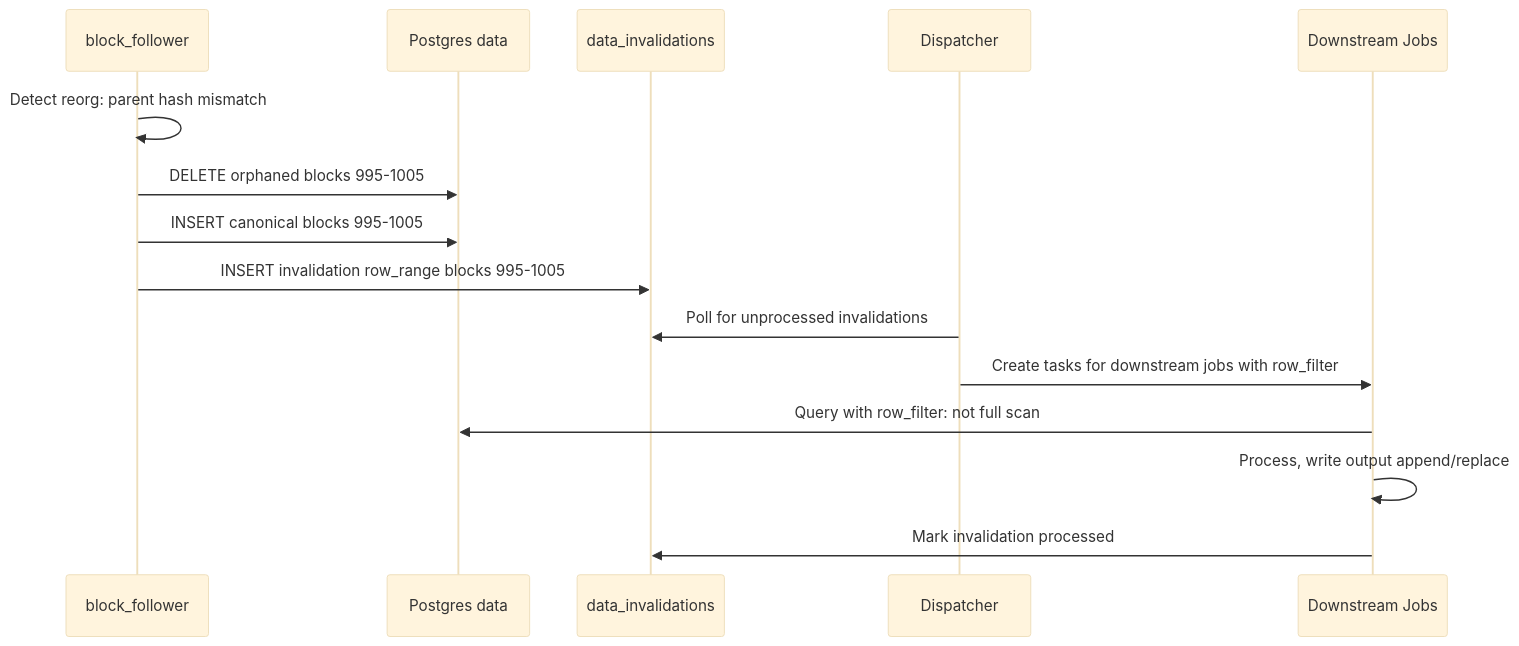
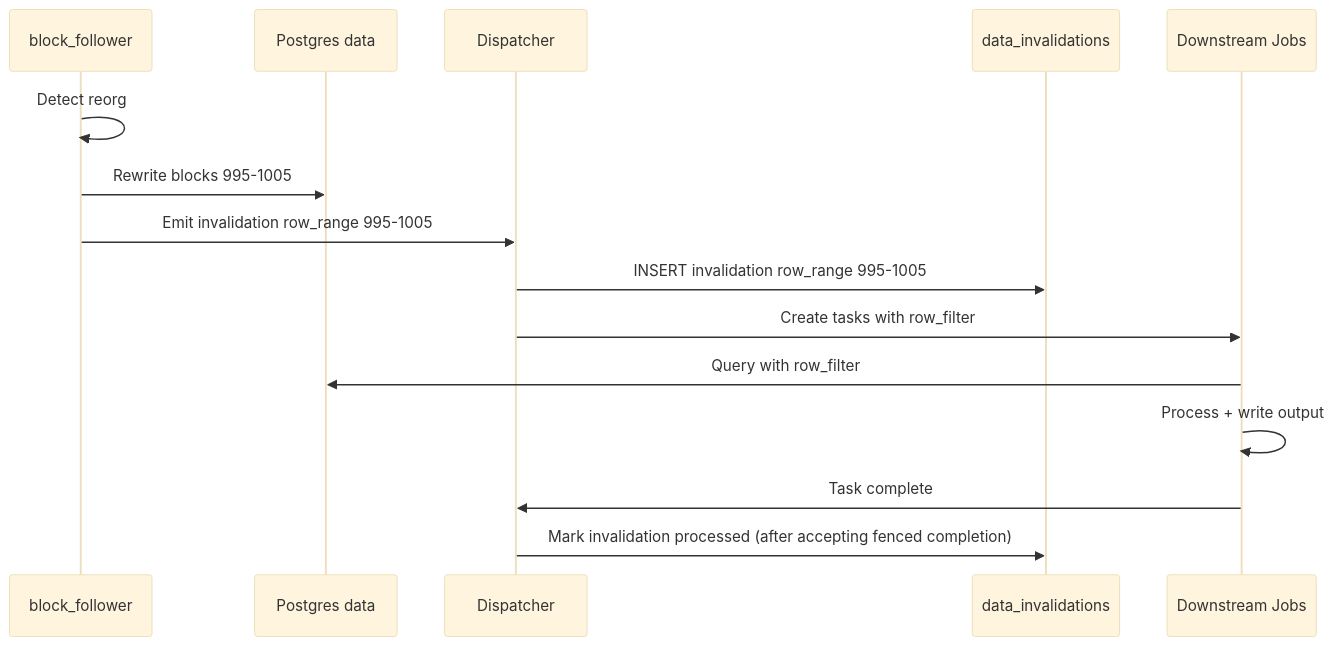
The first of 2 diagrams in docs/architecture/data_versioning.md (c7121/trace), drawn with Mermaid (base theme) before and after one commit. The commit also changed other lines of this file and 100 other files, not shown here.

````diff
--- a/docs/architecture/data_versioning.md
+++ b/docs/architecture/data_versioning.md
@@ -150,18 +150,18 @@
 ```mermaid
 sequenceDiagram
     participant BF as block_follower
     participant PG as Postgres data
+    participant DISP as Dispatcher
     participant INV as data_invalidations
-    participant DISP as Dispatcher
     participant DS as Downstream Jobs
 
-    BF->>BF: Detect reorg: parent hash mismatch
-    BF->>PG: DELETE orphaned blocks 995-1005
-    BF->>PG: INSERT canonical blocks 995-1005
-    BF->>INV: INSERT invalidation row_range blocks 995-1005
-    DISP->>INV: Poll for unprocessed invalidations
-    DISP->>DS: Create tasks for downstream jobs with row_filter
-    DS->>PG: Query with row_filter: not full scan
-    DS->>DS: Process, write output append/replace
-    DS->>INV: Mark invalidation processed
+    BF->>BF: Detect reorg
+    BF->>PG: Rewrite blocks 995-1005
+    BF->>DISP: Emit invalidation row_range 995-1005
+    DISP->>INV: INSERT invalidation row_range 995-1005
+    DISP->>DS: Create tasks with row_filter
+    DS->>PG: Query with row_filter
+    DS->>DS: Process + write output
+    DS->>DISP: Task complete
+    DISP->>INV: Mark invalidation processed (after accepting fenced completion)
 ```
````
